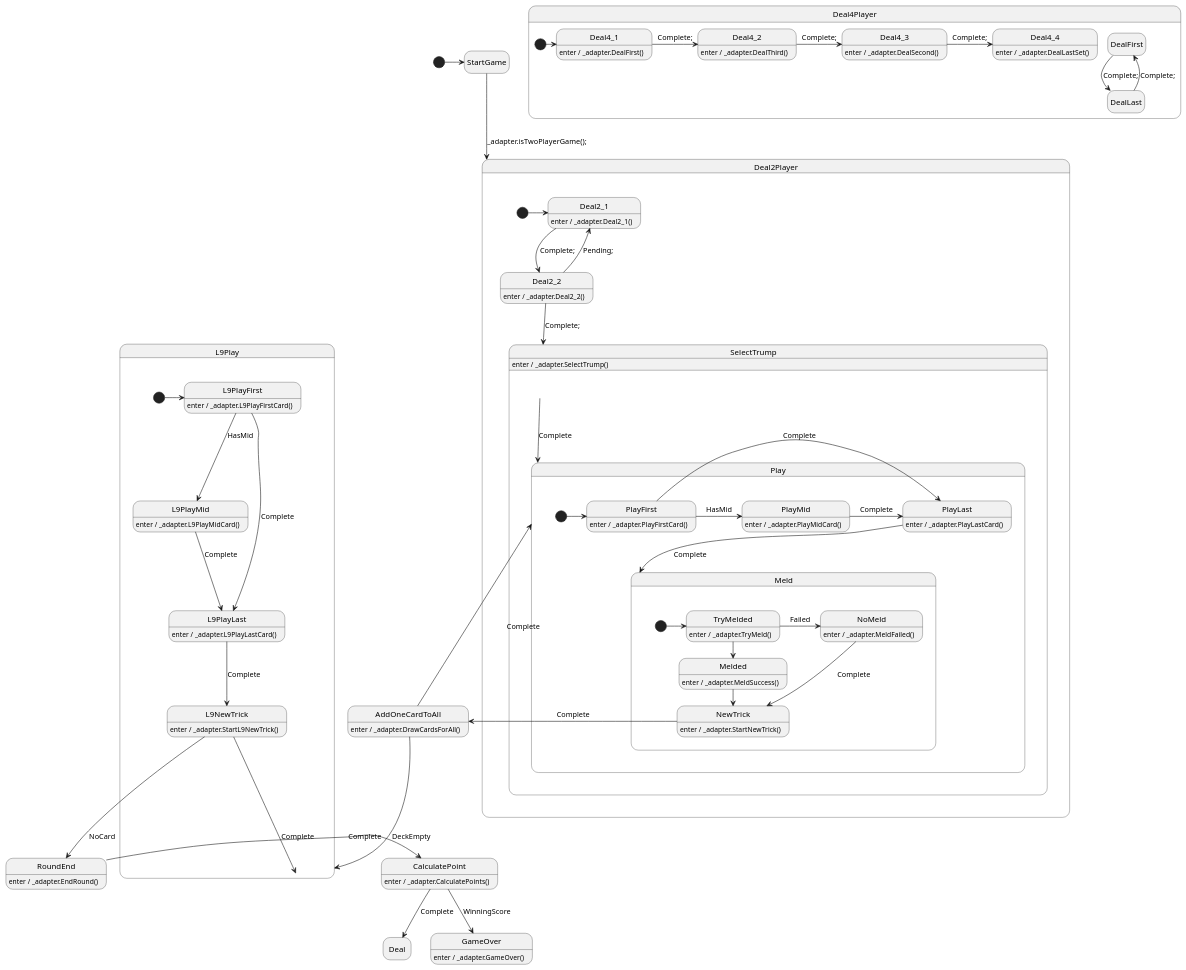
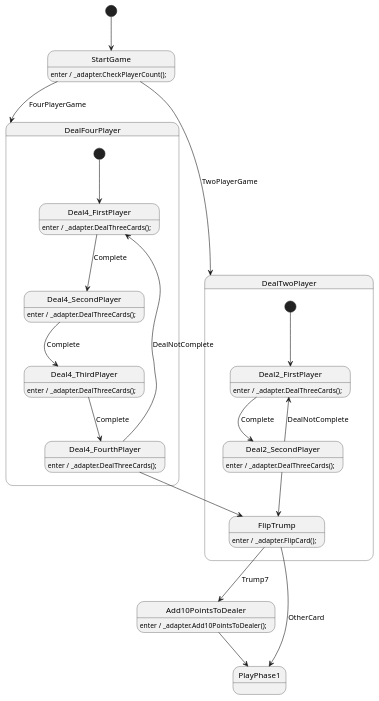
One commit to shefat2002/BeziqueCore changed the diagram in BeziqueCore/Bezique.puml. Above: the diagram before and after it, drawn with PlantUML. The commit also changed 13 other files, not shown here.

```diff
--- a/BeziqueCore/Bezique.puml
+++ b/BeziqueCore/Bezique.puml
@@ -1,135 +1,193 @@
 @startuml Bezique
 
 /'! $CONFIG : toml
 SmRunnerSettings.transpilerId = "CSharp"
 
 [RenderConfig.CSharp]
 NameSpace = "BeziqueCore;"
-
 '/
 
 hide empty description
 skinparam stateMessageAlignment center
 
 state StartGame
 
+[*] --> StartGame
+StartGame --> DealTwoPlayer : TwoPlayerGame
+StartGame --> DealFourPlayer : FourPlayerGame
 
-state Deal2Player {
-    [*] -> Deal2_1
+StartGame : enter / _adapter.CheckPlayerCount();
+
+state DealTwoPlayer{
+    state Deal2_FirstPlayer
+    state Deal2_SecondPlayer
+    
+    [*] -down-> Deal2_FirstPlayer 
+    Deal2_FirstPlayer --> Deal2_SecondPlayer : Complete
+    Deal2_SecondPlayer --> Deal2_FirstPlayer : DealNotComplete
+    Deal2_SecondPlayer --> FlipTrump
+    
+    Deal2_FirstPlayer : enter / _adapter.DealThreeCards();
+    Deal2_SecondPlayer : enter / _adapter.DealThreeCards();
+    
+}
+
+state DealFourPlayer{
+    state Deal4_FirstPlayer
+    state Deal4_SecondPlayer
+    state Deal4_ThirdPlayer
+    state Deal4_FourthPlayer
+    
+    [*] -down-> Deal4_FirstPlayer 
+    Deal4_FirstPlayer --> Deal4_SecondPlayer : Complete
+    Deal4_SecondPlayer --> Deal4_ThirdPlayer : Complete
+    Deal4_ThirdPlayer --> Deal4_FourthPlayer : Complete
+    Deal4_FourthPlayer --> Deal4_FirstPlayer : DealNotComplete
+    Deal4_FourthPlayer --> FlipTrump
+    
+    Deal4_FirstPlayer : enter / _adapter.DealThreeCards();
+    Deal4_SecondPlayer : enter / _adapter.DealThreeCards();
+    Deal4_ThirdPlayer : enter / _adapter.DealThreeCards();
+    Deal4_FourthPlayer : enter / _adapter.DealThreeCards();
+}
 
 
-    Deal2_1 -> Deal2_2 :  Complete;
-    Deal2_2 --> Deal2_1 : Pending;
-    Deal2_2 --> SelectTrump : Complete;
 
-    Deal2_1 : enter / _adapter.Deal2_1()
-    Deal2_2 : enter / _adapter.Deal2_2()
+state FlipTrump
+
+FlipTrump : enter / _adapter.FlipCard();
+
+FlipTrump --> Add10PointsToDealer : Trump7
+FlipTrump --> PlayPhase1 : OtherCard
+
+Add10PointsToDealer : enter / _adapter.Add10PointsToDealer();
+
+Add10PointsToDealer --> PlayPhase1
+
+state PlayPhase1{
+
 }
-state Deal4Player {
-    [*] -> Deal4_1
 
 
-    Deal4_1 -> Deal4_2 : Complete;
-    Deal4_2 -> Deal4_3 : Complete;
-    Deal4_3 -> Deal4_4 : Complete;
-    
-    DealFirst -> DealLast : Complete;
-    DealLast --> DealFirst : Complete;
-
-    Deal4_1 : enter / _adapter.DealFirst()
-    Deal4_2 : enter / _adapter.DealThird()
-    Deal4_3 : enter / _adapter.DealSecond()
-    Deal4_4 : enter / _adapter.DealLastSet()
-}
-
-[*] -> StartGame
-StartGame --> Deal2Player : _adapter.isTwoPlayerGame();
-
-
-state SelectTrump{
-    SelectTrump : enter / _adapter.SelectTrump()
-    
-    SelectTrump --> Play : Complete
-}
-
-state Play {
-    [*] -> PlayFirst
-
-    state PlayFirst
-    state PlayMid
-    state PlayLast
-
-    PlayFirst : enter / _adapter.PlayFirstCard()
-    PlayFirst -> PlayMid : HasMid
-    PlayFirst -> PlayLast : Complete
-
-    PlayMid : enter / _adapter.PlayMidCard()
-    PlayMid -> PlayLast : Complete
-
-    PlayLast : enter / _adapter.PlayLastCard()
-    PlayLast --> Meld : Complete
-}
-
-state Meld {
-    [*] -> TryMelded
-
-    state TryMelded
-    state Melded
-    state NoMeld
-
-    TryMelded : enter / _adapter.TryMeld()
-    TryMelded -> Melded : Success
-    TryMelded -> NoMeld : Failed
-
-    Melded : enter / _adapter.MeldSuccess()
-    Melded -> NewTrick : Complete
-
-    NoMeld : enter / _adapter.MeldFailed()
-    NoMeld --> NewTrick : Complete
-}
-
-state NewTrick
-NewTrick : enter / _adapter.StartNewTrick()
-NewTrick -> AddOneCardToAll : Complete
-
-state AddOneCardToAll
-AddOneCardToAll : enter / _adapter.DrawCardsForAll()
-AddOneCardToAll --> Play : Complete
-AddOneCardToAll --> L9Play : DeckEmpty
-
-state L9Play {
-    [*] -> L9PlayFirst
-
-    state L9PlayFirst
-    state L9PlayMid
-    state L9PlayLast
-
-    L9PlayFirst : enter / _adapter.L9PlayFirstCard()
-    L9PlayFirst --> L9PlayMid : HasMid
-    L9PlayFirst --> L9PlayLast : Complete
-
-    L9PlayMid : enter / _adapter.L9PlayMidCard()
-    L9PlayMid --> L9PlayLast : Complete
-
-    L9PlayLast : enter / _adapter.L9PlayLastCard()
-    L9PlayLast --> L9NewTrick : Complete
-}
-
-state L9NewTrick
-L9NewTrick : enter / _adapter.StartL9NewTrick()
-L9NewTrick --> L9Play : Complete
-L9NewTrick --> RoundEnd : NoCard
-
-state RoundEnd
-RoundEnd : enter / _adapter.EndRound()
-RoundEnd -> CalculatePoint : Complete
-
-state CalculatePoint
-CalculatePoint : enter / _adapter.CalculatePoints()
-CalculatePoint --> Deal : Complete
-CalculatePoint --> GameOver : WinningScore
-
-state GameOver
-GameOver : enter / _adapter.GameOver()
+'state StartGame
+'
+'
+'state Deal2Player {
+'    [*] -> Deal2_1
+'
+'
+'    Deal2_1 -> Deal2_2 :  Complete;
+'    Deal2_2 --> Deal2_1 : Pending;
+'    Deal2_2 --> SelectTrump : Complete;
+'
+'    Deal2_1 : enter / _adapter.Deal2_1()
+'    Deal2_2 : enter / _adapter.Deal2_2()
+'}
+'state Deal4Player {
+'    [*] -> Deal4_1
+'
+'
+'    Deal4_1 -> Deal4_2 : Complete;
+'    Deal4_2 -> Deal4_3 : Complete;
+'    Deal4_3 -> Deal4_4 : Complete;
+'    
+'    DealFirst -> DealLast : Complete;
+'    DealLast --> DealFirst : Complete;
+'
+'    Deal4_1 : enter / _adapter.DealFirst()
+'    Deal4_2 : enter / _adapter.DealThird()
+'    Deal4_3 : enter / _adapter.DealSecond()
+'    Deal4_4 : enter / _adapter.DealLastSet()
+'}
+'
+'[*] -> StartGame
+'StartGame --> Deal2Player : _adapter.isTwoPlayerGame();
+'
+'
+'state SelectTrump{
+'    SelectTrump : enter / _adapter.SelectTrump()
+'    
+'    SelectTrump --> Play : Complete
+'}
+'
+'state Play {
+'    [*] -> PlayFirst
+'
+'    state PlayFirst
+'    state PlayMid
+'    state PlayLast
+'
+'    PlayFirst : enter / _adapter.PlayFirstCard()
+'    PlayFirst -> PlayMid : HasMid
+'    PlayFirst -> PlayLast : Complete
+'
+'    PlayMid : enter / _adapter.PlayMidCard()
+'    PlayMid -> PlayLast : Complete
+'
+'    PlayLast : enter / _adapter.PlayLastCard()
+'    PlayLast --> Meld : Complete
+'}
+'
+'state Meld {
+'    [*] -> TryMelded
+'
+'    state TryMelded
+'    state Melded
+'    state NoMeld
+'
+'    TryMelded : enter / _adapter.TryMeld()
+'    TryMelded -> Melded : Success
+'    TryMelded -> NoMeld : Failed
+'
+'    Melded : enter / _adapter.MeldSuccess()
+'    Melded -> NewTrick : Complete
+'
+'    NoMeld : enter / _adapter.MeldFailed()
+'    NoMeld --> NewTrick : Complete
+'}
+'
+'state NewTrick
+'NewTrick : enter / _adapter.StartNewTrick()
+'NewTrick -> AddOneCardToAll : Complete
+'
+'state AddOneCardToAll
+'AddOneCardToAll : enter / _adapter.DrawCardsForAll()
+'AddOneCardToAll --> Play : Complete
+'AddOneCardToAll --> L9Play : DeckEmpty
+'
+'state L9Play {
+'    [*] -> L9PlayFirst
+'
+'    state L9PlayFirst
+'    state L9PlayMid
+'    state L9PlayLast
+'
+'    L9PlayFirst : enter / _adapter.L9PlayFirstCard()
+'    L9PlayFirst --> L9PlayMid : HasMid
+'    L9PlayFirst --> L9PlayLast : Complete
+'
+'    L9PlayMid : enter / _adapter.L9PlayMidCard()
+'    L9PlayMid --> L9PlayLast : Complete
+'
+'    L9PlayLast : enter / _adapter.L9PlayLastCard()
+'    L9PlayLast --> L9NewTrick : Complete
+'}
+'
+'state L9NewTrick
+'L9NewTrick : enter / _adapter.StartL9NewTrick()
+'L9NewTrick --> L9Play : Complete
+'L9NewTrick --> RoundEnd : NoCard
+'
+'state RoundEnd
+'RoundEnd : enter / _adapter.EndRound()
+'RoundEnd -> CalculatePoint : Complete
+'
+'state CalculatePoint
+'CalculatePoint : enter / _adapter.CalculatePoints()
+'CalculatePoint --> Deal : Complete
+'CalculatePoint --> GameOver : WinningScore
+'
+'state GameOver
+'GameOver : enter / _adapter.GameOver()
 
 @enduml
```
